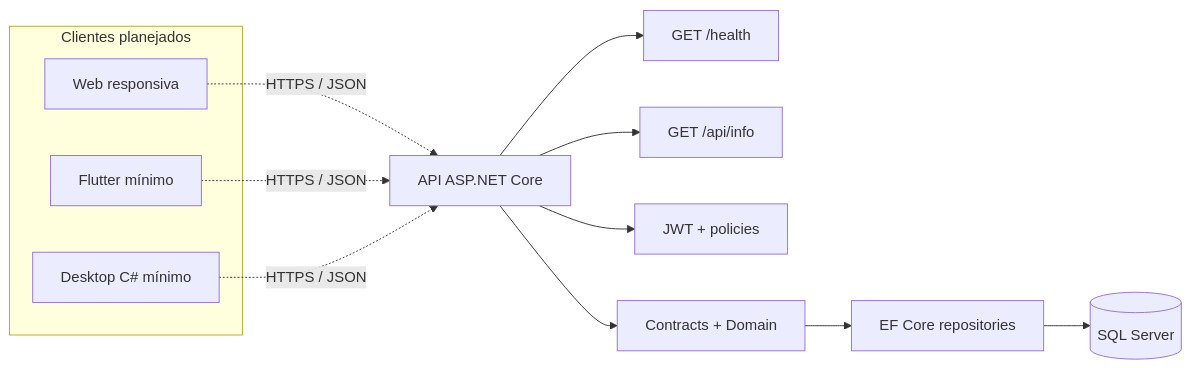
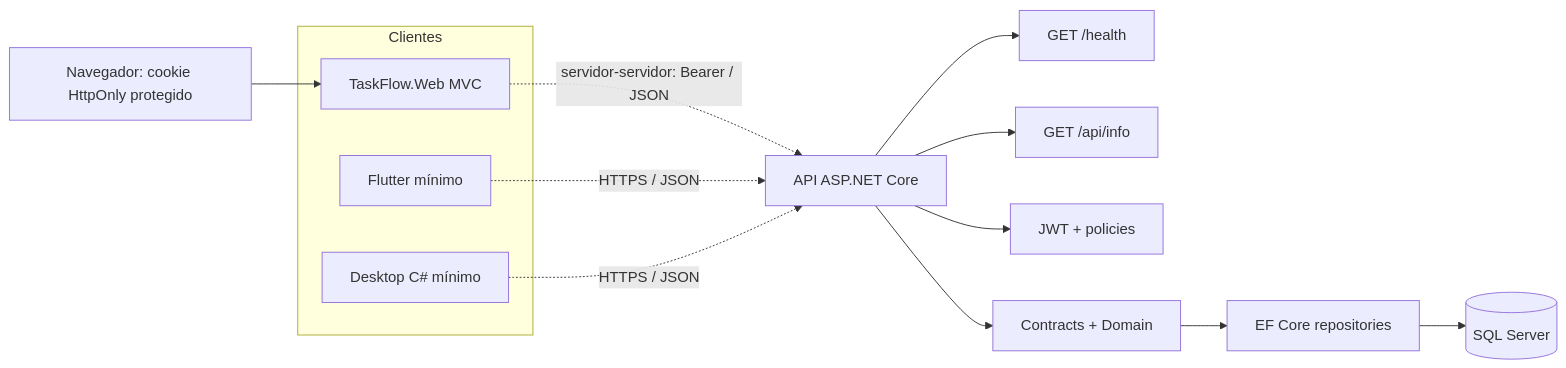
Before and after one commit to Heinrick1004/PIM_VIII: the second of 2 diagrams in docs/arquitetura.md, drawn with Mermaid. The commit also changed other lines of this file and 43 other files, not shown here.

Commit message:
feat: implement TaskFlow MVC web interface

````diff
--- a/docs/arquitetura.md
+++ b/docs/arquitetura.md
@@ -28,17 +29,18 @@
 ```mermaid
 flowchart LR
-    subgraph Clientes[Clientes planejados]
-        Web[Web responsiva]
+    subgraph Clientes[Clientes]
+        Web[TaskFlow.Web MVC]
         Mobile[Flutter mínimo]
         Desktop[Desktop C# mínimo]
     end
-    Web -. HTTPS / JSON .-> Api[API ASP.NET Core]
+    Web -. servidor-servidor: Bearer / JSON .-> Api[API ASP.NET Core]
     Mobile -. HTTPS / JSON .-> Api
     Desktop -. HTTPS / JSON .-> Api
+    Browser[Navegador: cookie HttpOnly protegido] --> Web
     Api --> Health[GET /health]
     Api --> Info[GET /api/info]
     Api --> Auth[JWT + policies]
     Api --> Application[Contracts + Domain]
     Application --> Infrastructure[EF Core repositories]
     Infrastructure --> SQL[(SQL Server)]
 ```
````
